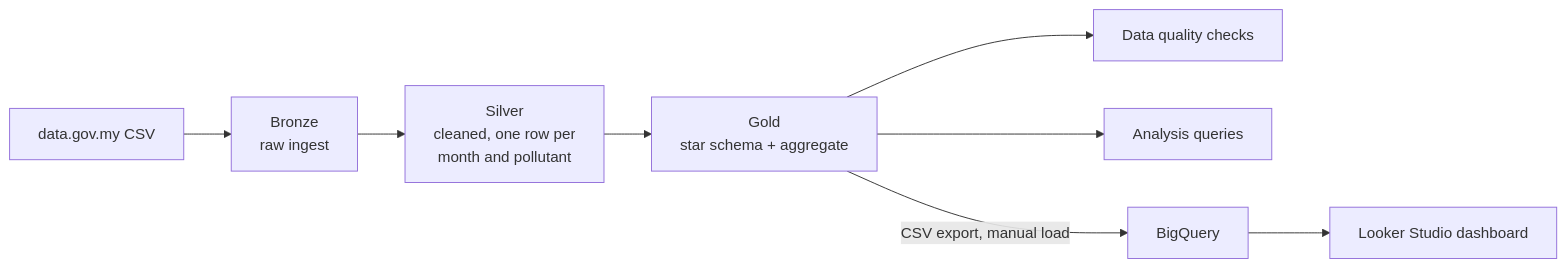
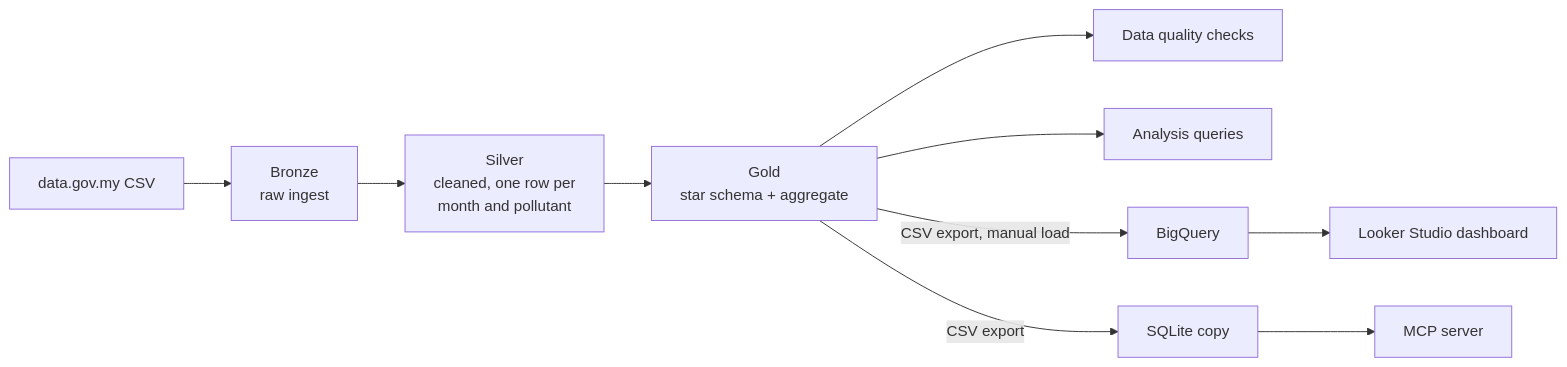
Before and after one commit to SafiahNadiah/air-quality-lakehouse: the first of 2 diagrams in README.md, drawn with Mermaid. The commit also changed other lines of this file, not shown here.

First line of the commit message:
Revise README with record counts and MCP server info

````diff
--- a/README.md
+++ b/README.md
@@ -27,10 +27,12 @@
 ```mermaid
 flowchart LR
     A[data.gov.my CSV] --> B[Bronze<br/>raw ingest]
     B --> C[Silver<br/>cleaned, one row per<br/>month and pollutant]
     C --> D[Gold<br/>star schema + aggregate]
     D --> E[Data quality checks]
     D --> F[Analysis queries]
     D -->|CSV export, manual load| G[BigQuery]
+    D -->|CSV export| I[SQLite copy]
+    I --> J[MCP server]
     G --> H[Looker Studio dashboard]
 ```
````
